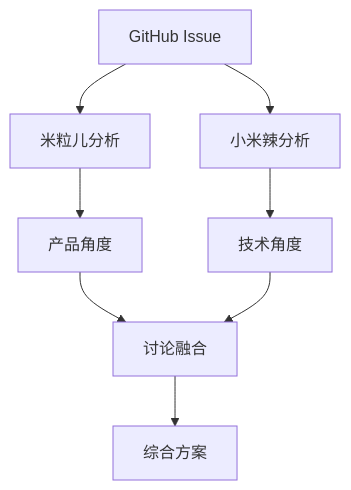
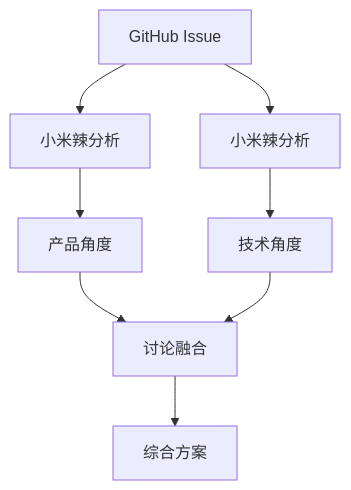
Before and after one commit to zhaog100/openclaw-skills: the second of 6 diagrams in docs/DUAL_MILI_SYSTEM_V3_INTEGRATED.md, drawn with Mermaid. The commit also changed other lines of this file and 107 other files, not shown here.

````diff
--- a/docs/DUAL_MILI_SYSTEM_V3_INTEGRATED.md
+++ b/docs/DUAL_MILI_SYSTEM_V3_INTEGRATED.md
@@ -81,10 +81,10 @@
 ```mermaid
 graph TB
-    A[GitHub Issue] --> B[米粒儿分析]
+    A[GitHub Issue] --> B[小米辣分析]
     A --> C[小米辣分析]
     B --> D[产品角度]
     C --> E[技术角度]
     D --> F[讨论融合]
     E --> F
     F --> G[综合方案]
 ```
````
